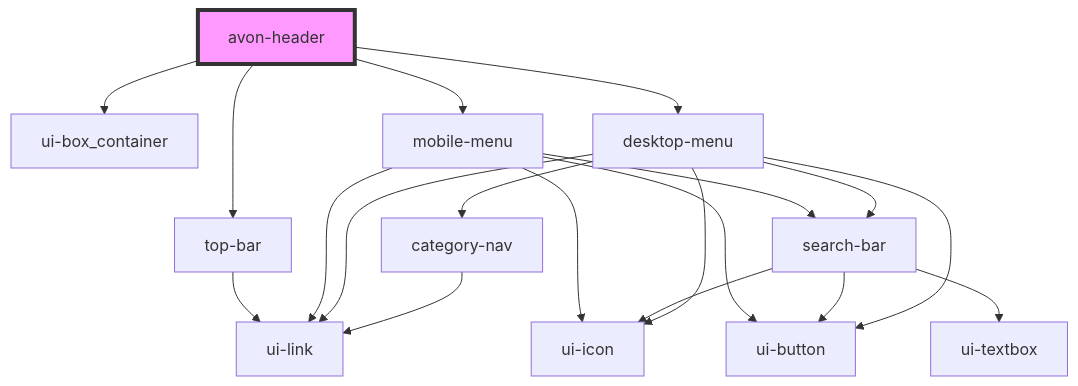
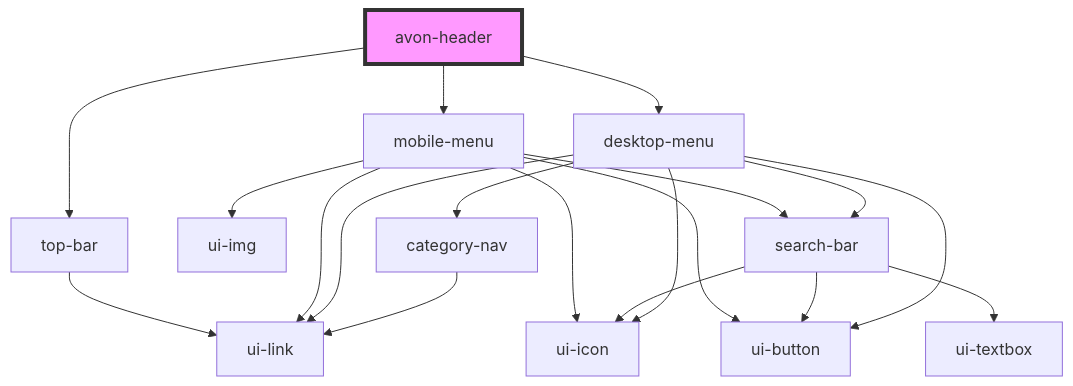
The diagram in src/components/avon-header/readme.md (ankitghanekar-hcl/ui-shared-web-components), drawn with Mermaid before and after one commit. The commit also changed other lines of this file and 9 other files, not shown here.

````diff
--- a/src/components/avon-header/readme.md
+++ b/src/components/avon-header/readme.md
@@ -22,22 +21,22 @@
 ```mermaid
 graph TD;
-  avon-header --> ui-box_container
   avon-header --> top-bar
   avon-header --> mobile-menu
   avon-header --> desktop-menu
   top-bar --> ui-link
   mobile-menu --> ui-link
+  mobile-menu --> ui-img
   mobile-menu --> ui-icon
   mobile-menu --> ui-button
   mobile-menu --> search-bar
   search-bar --> ui-textbox
   search-bar --> ui-button
   search-bar --> ui-icon
   desktop-menu --> search-bar
   desktop-menu --> ui-button
   desktop-menu --> ui-icon
   desktop-menu --> ui-link
   desktop-menu --> category-nav
   category-nav --> ui-link
   style avon-header fill:#f9f,stroke:#333,stroke-width:4px
 ```
````
